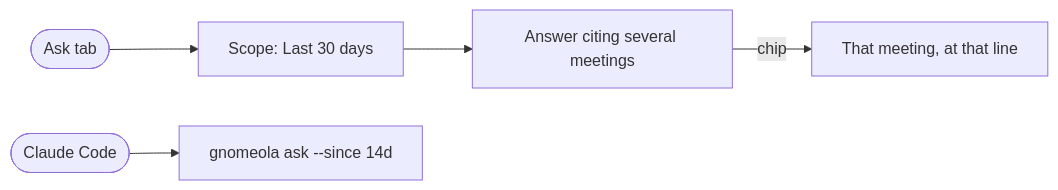
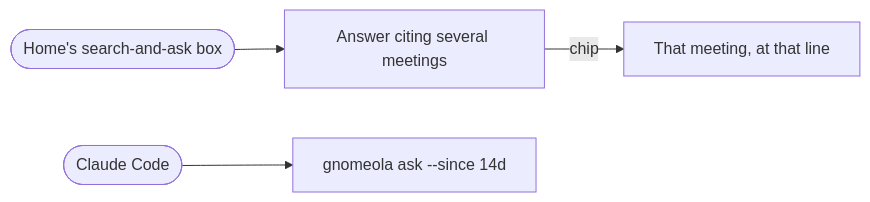
Before and after one commit to Kacper-Lubisz/kacola: diagram 17 of 44 in docs/user-stories.md, drawn with Mermaid. The commit also changed other lines of this file and 45 other files, not shown here.

First line of the commit message:
Day: adopt the daemon's trust fixes — one Send the agenda action, actors' words, restorable item history, AI errors with one action, private meetings stay on this computer, what Ask sent where, moments over titles/notes/transcripts; window title kacola

````diff
--- a/docs/user-stories.md
+++ b/docs/user-stories.md
@@ -485,10 +525,8 @@
 ```mermaid
 flowchart LR
-  A([Ask tab]) --> B[Scope: Last 30 days]
-  B --> C[Answer citing several meetings]
+  A([Home's search-and-ask box]) --> C[Answer citing several meetings]
   C -->|chip| D[That meeting, at that line]
   E([Claude Code]) --> F[gnomeola ask --since 14d]
-  %% shot: B = ask-across__scope__last-30-days
   %% shot: C = ask-across__answered__cross-meeting
   %% shot: F = ask-across__cli__ask-since
 ```
````
